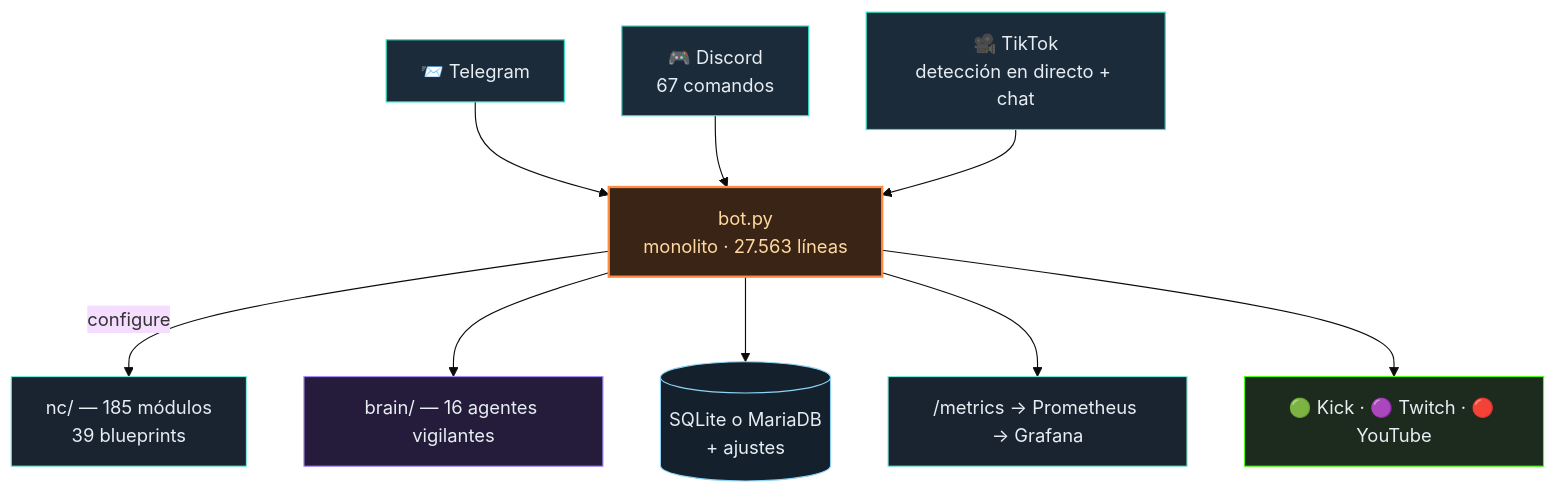
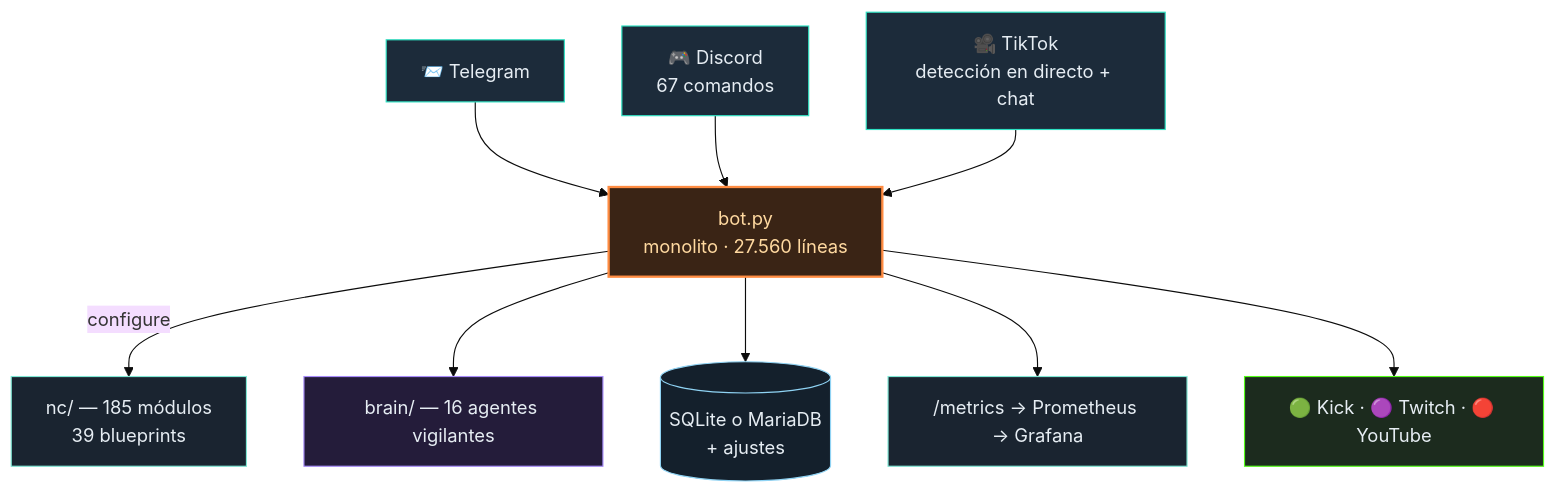
The diagram in README.es.md (itsamemedev/Telegram-Stream-Info-Bot), drawn with Mermaid (base theme) before and after one commit. The commit also changed 5 other files, not shown here.

````diff
--- a/README.es.md
+++ b/README.es.md
@@ -64,18 +64,18 @@
 ```mermaid
 flowchart TB
     TG["📨 Telegram"]:::ein --> BOT
     DC["🎮 Discord<br/>67 comandos"]:::ein --> BOT
     TT["🎥 TikTok<br/>detección en directo + chat"]:::ein --> BOT
-    BOT["bot.py<br/>monolito · 27.563 líneas"]:::core
+    BOT["bot.py<br/>monolito · 27.560 líneas"]:::core
     BOT -->|configure| NC["nc/ — 185 módulos<br/>39 blueprints"]:::lib
     BOT --> BRAIN["brain/ — 16 agentes vigilantes"]:::brain
     BOT --> DB[("SQLite o MariaDB<br/>+ ajustes")]:::db
     BOT --> PROM["/metrics → Prometheus → Grafana"]:::lib
     BOT --> OUT["🟢 Kick · 🟣 Twitch · 🔴 YouTube"]:::out
     classDef ein fill:#1c2b3a,stroke:#2de1c2,color:#e6edf3
     classDef core fill:#3a2415,stroke:#ff8c42,stroke-width:2px,color:#ffd9a0
     classDef lib fill:#1a2430,stroke:#7fe7d4,color:#e6edf3
     classDef brain fill:#241c3a,stroke:#a78bfa,color:#e6edf3
     classDef db fill:#14202c,stroke:#8fd3f4,color:#e6edf3
     classDef out fill:#1c2b1e,stroke:#53fc18,color:#e6edf3
 ```
````
